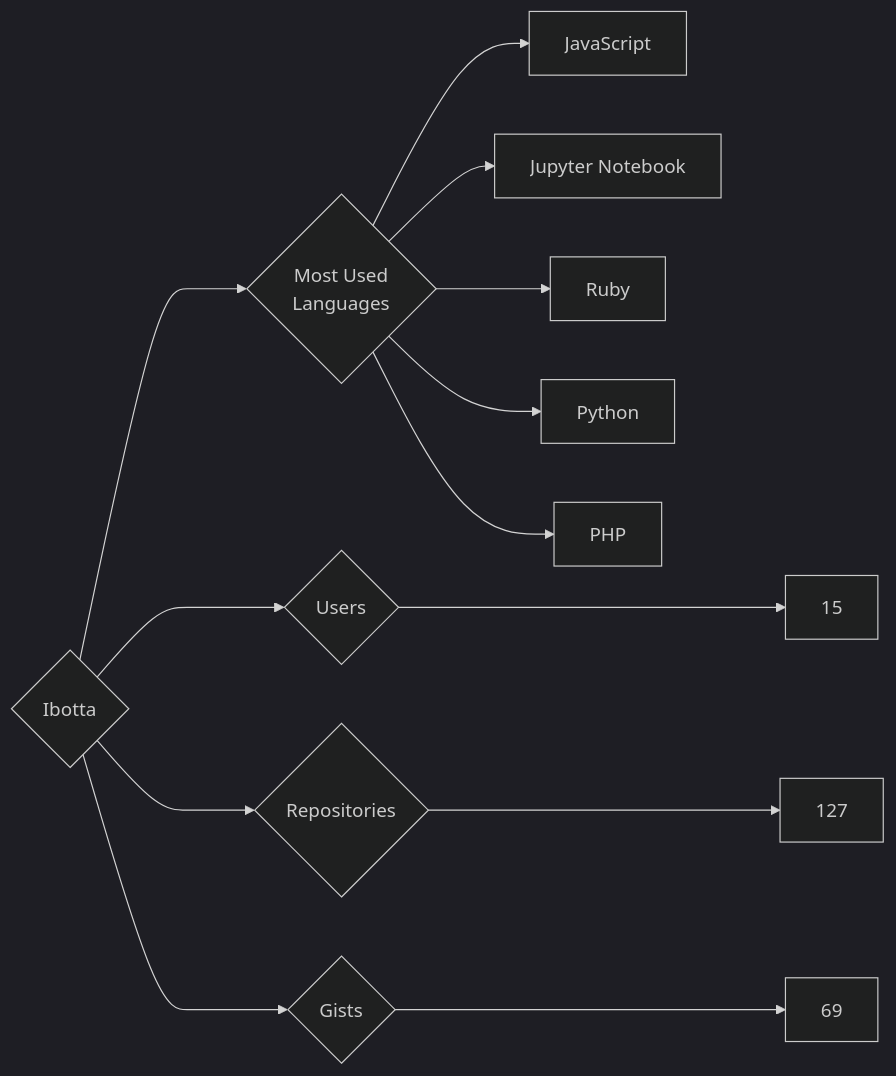
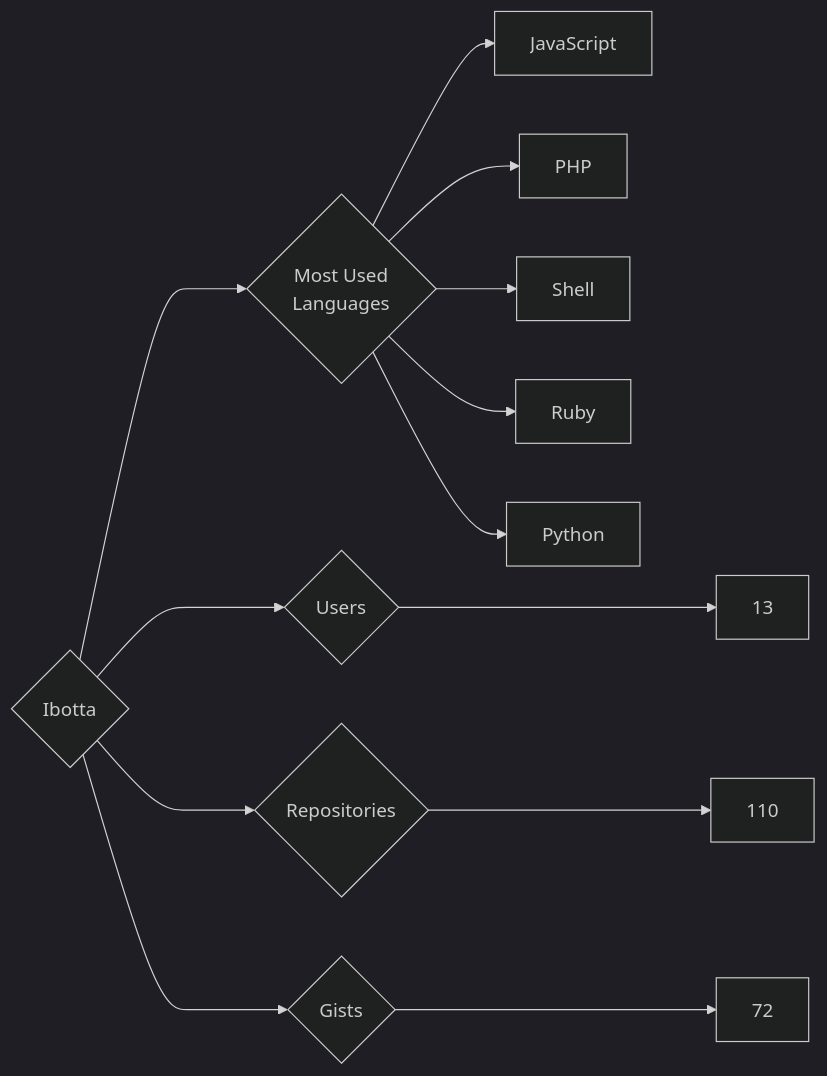
The diagram in targets/Ibotta/README.md (trickest/insiders), drawn with Mermaid (dark theme) before and after one commit. The commit also changed 860 other files, not shown here.

````diff
--- a/targets/Ibotta/README.md
+++ b/targets/Ibotta/README.md
@@ -3,13 +3,13 @@
 ```mermaid
 graph LR
 COMPANY_NAME{Ibotta}
-COMPANY_NAME ---> U{Users} ---> UN[15]
-COMPANY_NAME ---> R{Repositories} ---> RN[127]
-COMPANY_NAME ---> G{Gists} ---> GN[69]
+COMPANY_NAME ---> U{Users} ---> UN[13]
+COMPANY_NAME ---> R{Repositories} ---> RN[110]
+COMPANY_NAME ---> G{Gists} ---> GN[72]
 COMPANY_NAME ---> ML{Most Used<br>Languages}
 ML --> JavaScript[JavaScript]
-ML --> Jupyter_Notebook[Jupyter Notebook]
+ML --> PHP[PHP]
+ML --> Shell[Shell]
 ML --> Ruby[Ruby]
 ML --> Python[Python]
-ML --> PHP[PHP]
 ```
````
